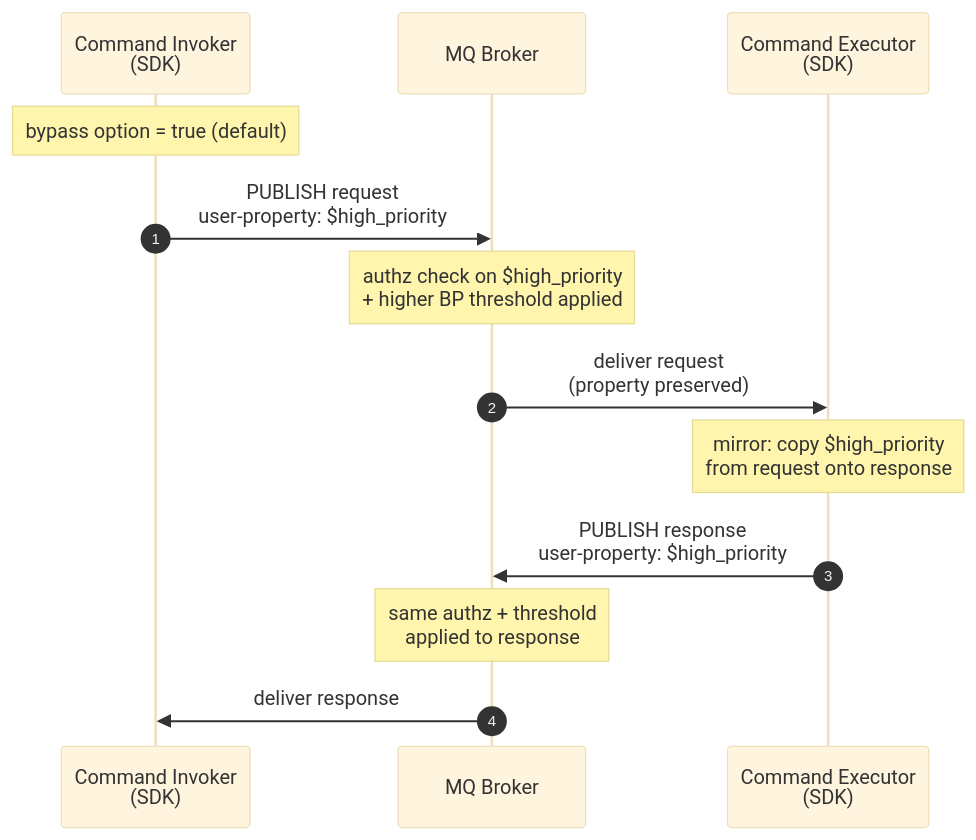
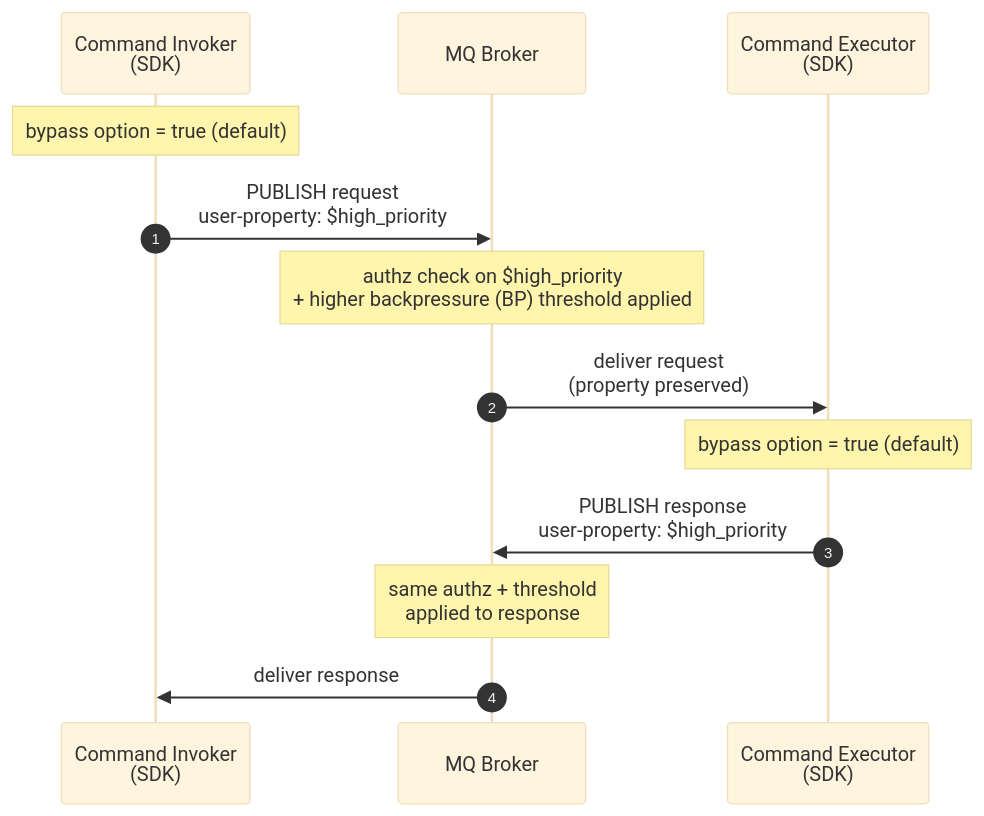
One commit to Azure/iot-operations-sdks changed the diagram in doc/dev/adr/0031-backpressure-bypass.md. Above: the diagram before and after it, drawn with Mermaid (base theme). The commit also changed other lines of this file, not shown here.

First line of the commit message:
Address review feedback: define abbreviations, update to per-invocation/response toggles, clarify service client behavior

````diff
--- a/doc/dev/adr/0031-backpressure-bypass.md
+++ b/doc/dev/adr/0031-backpressure-bypass.md
@@ -29,17 +29,17 @@
 ```mermaid
 sequenceDiagram
     autonumber
     participant Inv as Command Invoker<br/>(SDK)
     participant Brk as MQ Broker
     participant Exe as Command Executor<br/>(SDK)
 
     Note over Inv: bypass option = true (default)
     Inv->>Brk: PUBLISH request<br/>user-property: $high_priority
-    Note over Brk: authz check on $high_priority<br/>+ higher BP threshold applied
+    Note over Brk: authz check on $high_priority<br/>+ higher backpressure (BP) threshold applied
     Brk->>Exe: deliver request<br/>(property preserved)
 
-    Note over Exe: mirror: copy $high_priority<br/>from request onto response
+    Note over Exe: bypass option = true (default)
     Exe->>Brk: PUBLISH response<br/>user-property: $high_priority
     Note over Brk: same authz + threshold<br/>applied to response
     Brk->>Inv: deliver response
 ```
````
